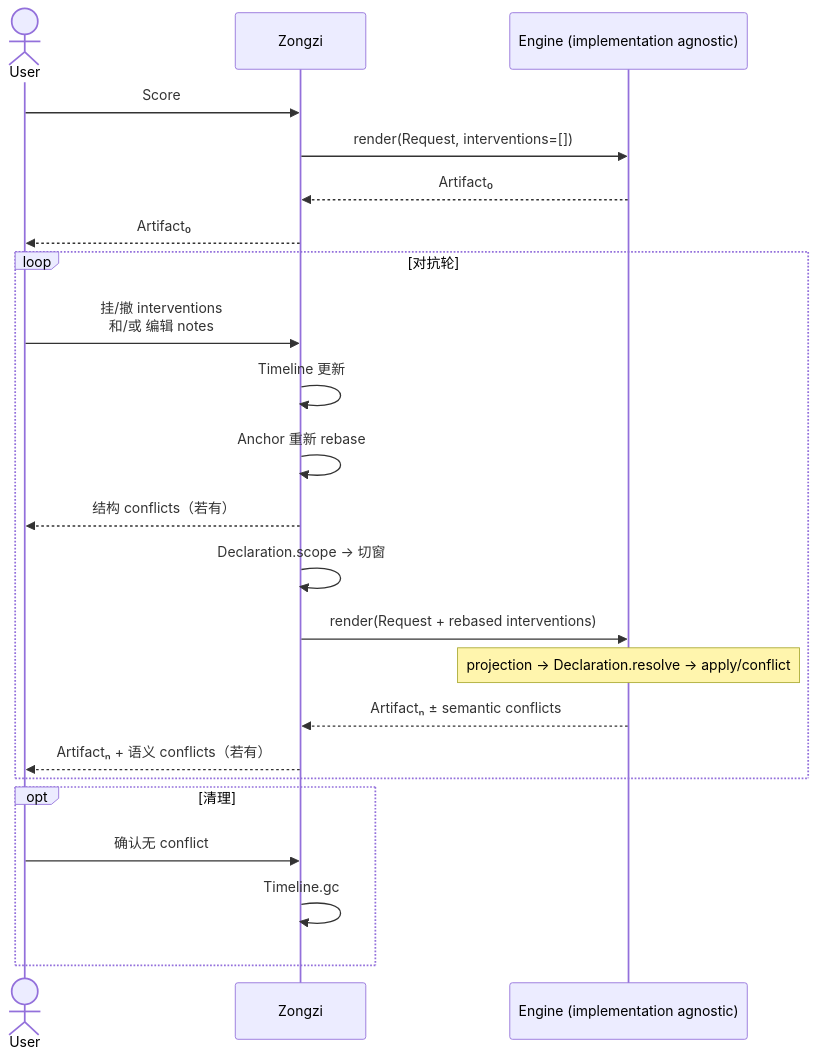
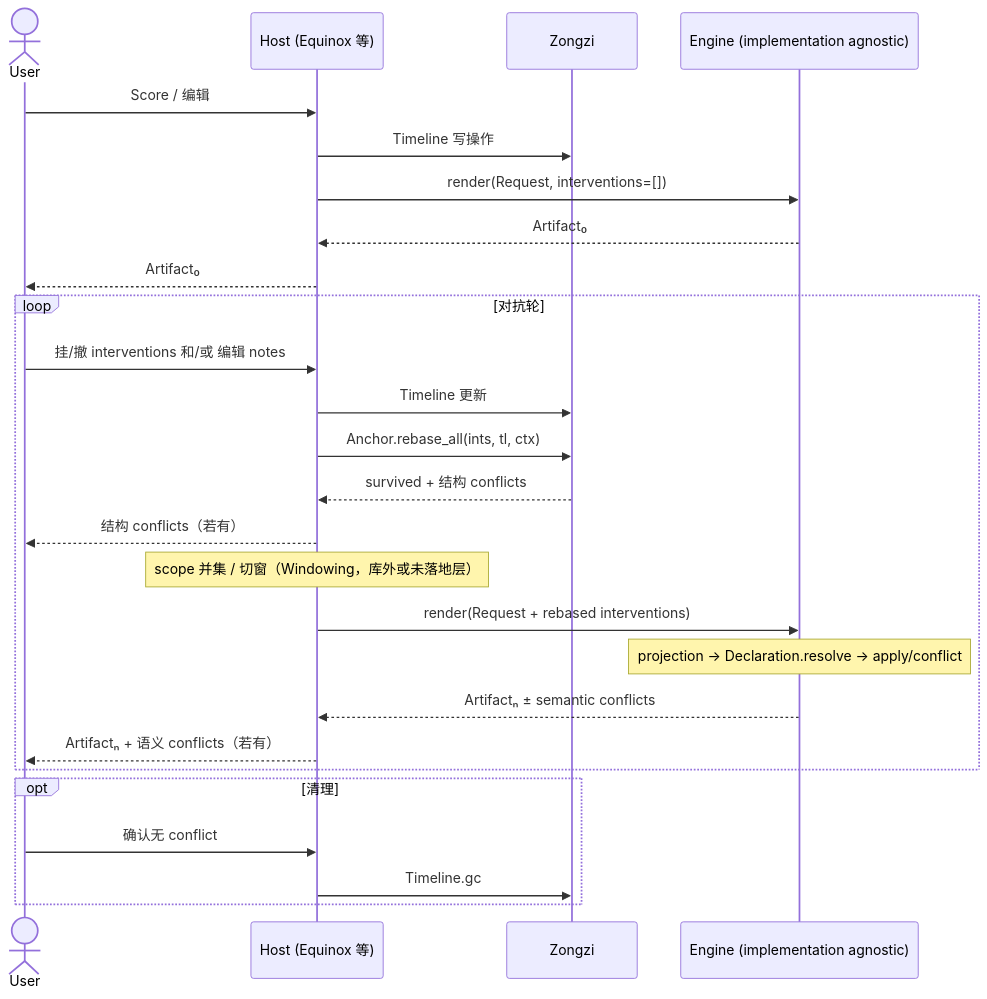
The diagram in README.md (SynapticStrings/Zongzi), drawn with Mermaid before and after one commit. The commit also changed other lines of this file and 6 other files, not shown here.

First line of the commit message:
docs: update README with architecture boundaries and API changes

````diff
--- a/README.md
+++ b/README.md
@@ -12,29 +28,32 @@
 ```mermaid
 sequenceDiagram
     actor User
+    participant Host as Host (Equinox 等)
     participant Zongzi
     participant Engine as Engine (implementation agnostic)
 
-    User->>Zongzi: Score
-    Zongzi->>Engine: render(Request, interventions=[])
-    Engine-->>Zongzi: Artifact₀
-    Zongzi-->>User: Artifact₀
+    User->>Host: Score / 编辑
+    Host->>Zongzi: Timeline 写操作
+    Host->>Engine: render(Request, interventions=[])
+    Engine-->>Host: Artifact₀
+    Host-->>User: Artifact₀
 
     loop 对抗轮
-        User->>Zongzi: 挂/撤 interventions<br/>和/或 编辑 notes
-        Zongzi->>Zongzi: Timeline 更新
-        Zongzi->>Zongzi: Anchor 重新 rebase
-        Zongzi-->>User: 结构 conflicts（若有）
+        User->>Host: 挂/撤 interventions 和/或 编辑 notes
+        Host->>Zongzi: Timeline 更新
+        Host->>Zongzi: Anchor.rebase_all(ints, tl, ctx)
+        Zongzi-->>Host: survived + 结构 conflicts
+        Host-->>User: 结构 conflicts（若有）
 
-        Zongzi->>Zongzi: Declaration.scope → 切窗
-        Zongzi->>Engine: render(Request + rebased interventions)
+        Note over Host: scope 并集 / 切窗（Windowing，库外或未落地层）
+        Host->>Engine: render(Request + rebased interventions)
         Note over Engine: projection → Declaration.resolve → apply/conflict
-        Engine-->>Zongzi: Artifactₙ ± semantic conflicts
-        Zongzi-->>User: Artifactₙ + 语义 conflicts（若有）
+        Engine-->>Host: Artifactₙ ± semantic conflicts
+        Host-->>User: Artifactₙ + 语义 conflicts（若有）
     end
 
     opt 清理
-        User->>Zongzi: 确认无 conflict
-        Zongzi->>Zongzi: Timeline.gc
+        User->>Host: 确认无 conflict
+        Host->>Zongzi: Timeline.gc
     end
 ```
````
